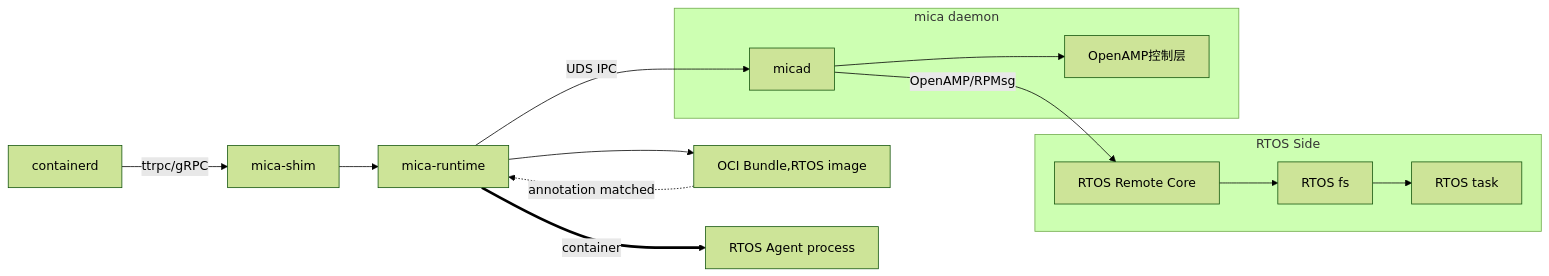
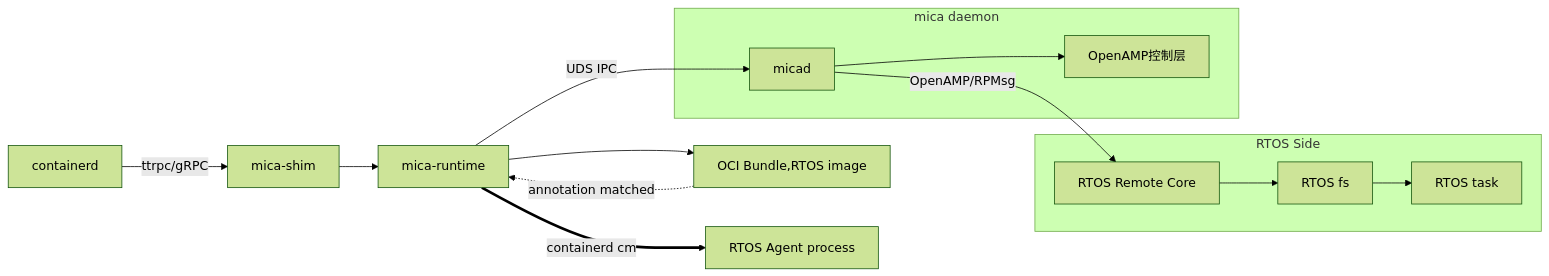
One commit to Egg12138/iodraw-files changed the diagram in all/未命名.md. Above: the diagram before and after it, drawn with Mermaid (forest theme).

Commit message:
2025-06-21 17:08:19 update

````diff
--- a/all/未命名.md
+++ b/all/未命名.md
@@ -1,19 +1,19 @@
 ```mermaid
 
 graph LR
     CD[containerd] -->|ttrpc/gRPC| S
     S[mica-shim] --> MR
     MR[mica-runtime] -->|UDS IPC| A[micad]
     MR -->C[OCI Bundle,RTOS image]
-    MR ==>|container|AG[RTOS Agent process]
+    MR ==>|containerd cm|AG[RTOS Agent process]
     A -->|OpenAMP/RPMsg| B[RTOS Remote Core]
     C -.->|annotation matched| MR
     subgraph RTOS Side
         B --> D[RTOS fs] --> E
         E[RTOS task]
     end
     subgraph mica daemon
         A --> F[OpenAMP控制层]
     end
 
 ```
````
